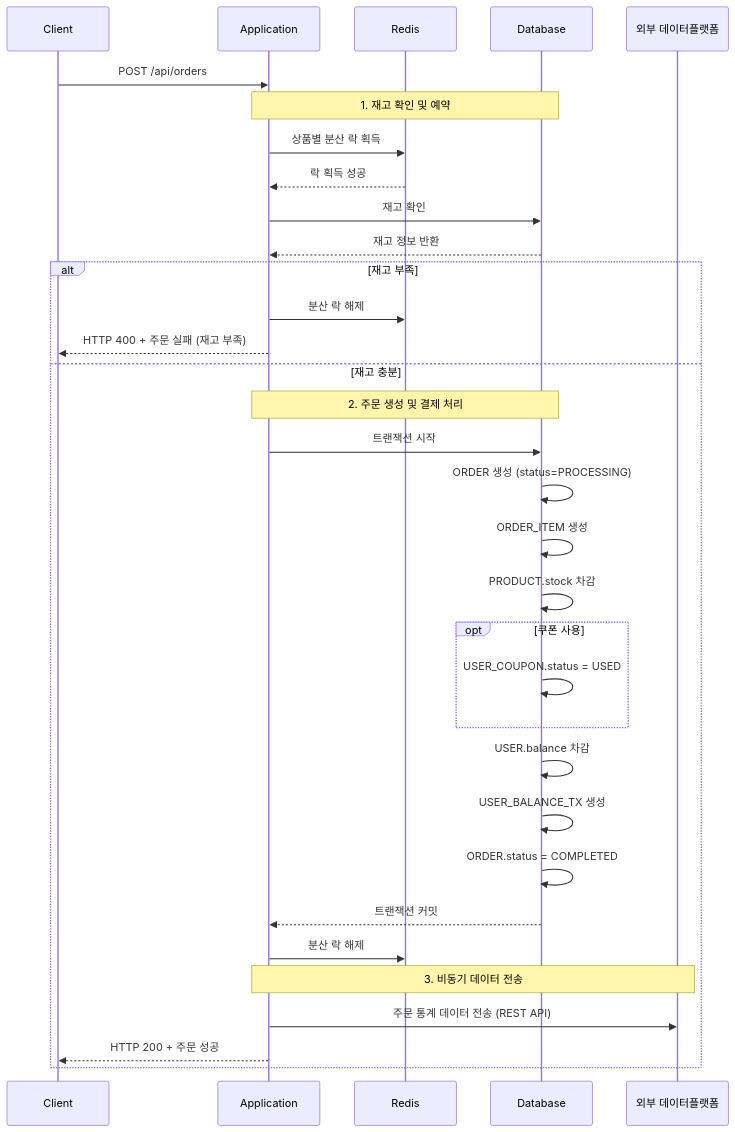
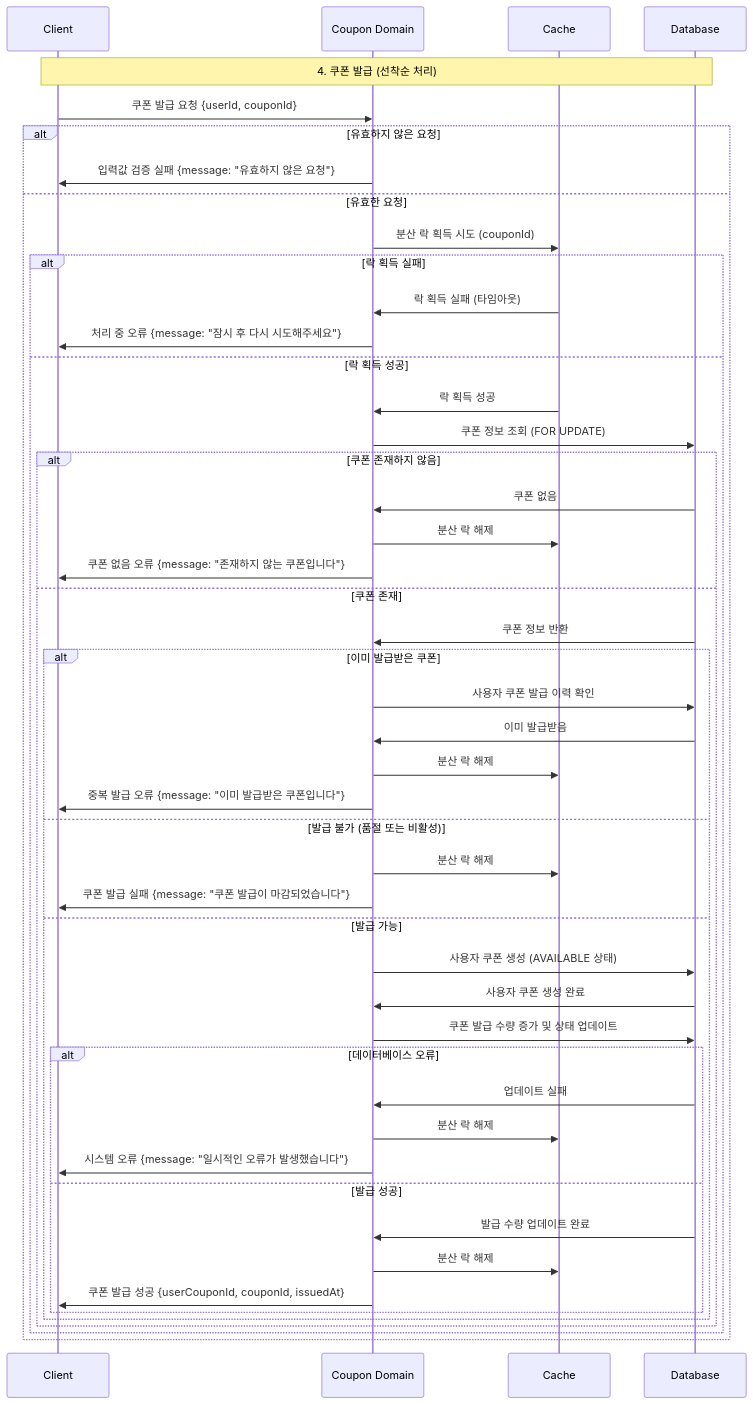
One commit to yuni02/hhplus-ecommerce changed the fourth of 7 diagrams in docs/sequence_diagram.md. Above: the diagram before and after it, drawn with Mermaid. The commit also changed other lines of this file and 2 other files, not shown here.

Commit message:
chore: 시퀀스 다이어그램 도메인 간의 데이터흐름 상세관점으로 변경해서 다시 작성

````diff
--- a/docs/sequence_diagram.md
+++ b/docs/sequence_diagram.md
@@ -116,44 +97,56 @@
 ```mermaid
 sequenceDiagram
-    participant Client as Client
-    participant App as Application
-    participant Redis as Redis
+    participant C as Client
+    participant Coupon as Coupon Domain
+    participant Cache as Cache
     participant DB as Database
-    participant External as 외부 데이터플랫폼
-
-    Client->>App: POST /api/orders
     
-    Note over App, DB: 1. 재고 확인 및 예약
-    App->>Redis: 상품별 분산 락 획득
-    Redis-->>App: 락 획득 성공
-
-    App->>DB: 재고 확인
-    DB-->>App: 재고 정보 반환
-
-    alt 재고 부족
-        App->>Redis: 분산 락 해제
-        App-->>Client: HTTP 400 + 주문 실패 (재고 부족)
-    else 재고 충분
-        Note over App, DB: 2. 주문 생성 및 결제 처리
-        App->>DB: 트랜잭션 시작
-        DB->>DB: ORDER 생성 (status=PROCESSING)
-        DB->>DB: ORDER_ITEM 생성
-        DB->>DB: PRODUCT.stock 차감
-
-        opt 쿠폰 사용
-            DB->>DB: USER_COUPON.status = USED
+        Note over C,DB: 4. 쿠폰 발급 (선착순 처리)
+        C->>Coupon: 쿠폰 발급 요청 {userId, couponId}
+    
+        alt 유효하지 않은 요청
+            Coupon->>C: 입력값 검증 실패 {message: "유효하지 않은 요청"}
+        else 유효한 요청
+            Coupon->>Cache: 분산 락 획득 시도 (couponId)
+    
+            alt 락 획득 실패
+                Cache->>Coupon: 락 획득 실패 (타임아웃)
+                Coupon->>C: 처리 중 오류 {message: "잠시 후 다시 시도해주세요"}
+            else 락 획득 성공
+                Cache->>Coupon: 락 획득 성공
+                Coupon->>DB: 쿠폰 정보 조회 (FOR UPDATE)
+    
+                alt 쿠폰 존재하지 않음
+                    DB->>Coupon: 쿠폰 없음
+                    Coupon->>Cache: 분산 락 해제
+                    Coupon->>C: 쿠폰 없음 오류 {message: "존재하지 않는 쿠폰입니다"}
+                else 쿠폰 존재
+                    DB->>Coupon: 쿠폰 정보 반환
+    
+                    alt 이미 발급받은 쿠폰
+                        Coupon->>DB: 사용자 쿠폰 발급 이력 확인
+                        DB->>Coupon: 이미 발급받음
+                        Coupon->>Cache: 분산 락 해제
+                        Coupon->>C: 중복 발급 오류 {message: "이미 발급받은 쿠폰입니다"}
+                    else 발급 불가 (품절 또는 비활성)
+                        Coupon->>Cache: 분산 락 해제
+                        Coupon->>C: 쿠폰 발급 실패 {message: "쿠폰 발급이 마감되었습니다"}
+                    else 발급 가능
+                        Coupon->>DB: 사용자 쿠폰 생성 (AVAILABLE 상태)
+                        DB->>Coupon: 사용자 쿠폰 생성 완료
+                        Coupon->>DB: 쿠폰 발급 수량 증가 및 상태 업데이트
+    
+                        alt 데이터베이스 오류
+                            DB->>Coupon: 업데이트 실패
+                            Coupon->>Cache: 분산 락 해제
+                            Coupon->>C: 시스템 오류 {message: "일시적인 오류가 발생했습니다"}
+                        else 발급 성공
+                            DB->>Coupon: 발급 수량 업데이트 완료
+                            Coupon->>Cache: 분산 락 해제
+                            Coupon->>C: 쿠폰 발급 성공 {userCouponId, couponId, issuedAt}
+                        end
+                    end
+                end
+            end
         end
-
-        DB->>DB: USER.balance 차감
-        DB->>DB: USER_BALANCE_TX 생성
-        DB->>DB: ORDER.status = COMPLETED
-        DB-->>App: 트랜잭션 커밋
-
-        App->>Redis: 분산 락 해제
-
-        Note over App, External: 3. 비동기 데이터 전송
-        App->>External: 주문 통계 데이터 전송 (REST API)
-
-        App-->>Client: HTTP 200 + 주문 성공
-    end
 ```
````
